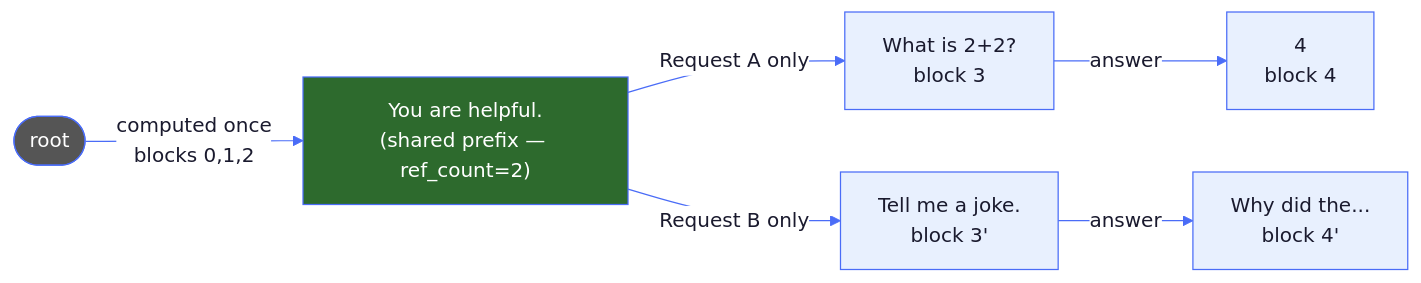
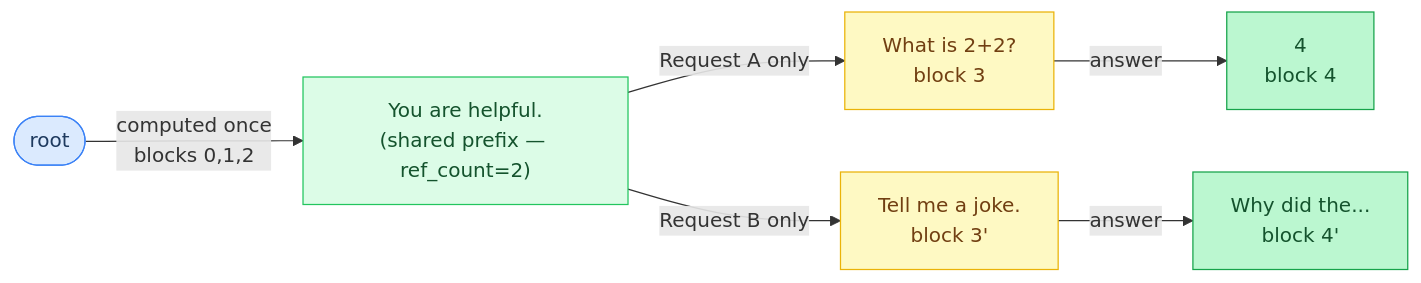
The third of 5 diagrams in docs/tutorial/05-memory-and-caching.md (maci0/agave), drawn with Mermaid before and after one commit. The commit also changed other lines of this file and 24 other files, not shown here.

First line of the commit message:
docs: convert all mermaid diagrams to classDef semantic colors

````diff
--- a/docs/tutorial/05-memory-and-caching.md
+++ b/docs/tutorial/05-memory-and-caching.md
@@ -231,29 +238,22 @@
 ```mermaid
-%%{init: {'theme': 'base', 'themeVariables': {
-  'primaryColor': '#e8f0fe',
-  'primaryTextColor': '#1a1a2e',
-  'primaryBorderColor': '#4a6cf7',
-  'lineColor': '#4a6cf7',
-  'secondaryColor': '#f0f4ff',
-  'tertiaryColor': '#f8f9ff',
-  'edgeLabelBackground': '#ffffff',
-  'clusterBkg': '#f0f4ff',
-  'clusterBorder': '#4a6cf7',
-  'titleColor': '#1a1a2e',
-  'nodeTextColor': '#1a1a2e',
-  'fontFamily': 'ui-monospace, SFMono-Regular, monospace'
-}}}%%
 graph LR
-    Root(["root"]) -->|"computed once\nblocks 0,1,2"| Shared["You are helpful.\n(shared prefix — ref_count=2)"]
+    classDef setup     fill:#dbeafe,stroke:#3b82f6,color:#1e3a5f
+    classDef sync      fill:#dcfce7,stroke:#22c55e,color:#14532d
+    classDef migration fill:#fef9c3,stroke:#eab308,color:#713f12
+    classDef success   fill:#bbf7d0,stroke:#16a34a,color:#14532d
+    classDef danger    fill:#fee2e2,stroke:#ef4444,color:#7f1d1d
+    classDef optional  fill:#f3e8ff,stroke:#9333ea,color:#581c87
 
-    Shared -->|"Request A only"| BranchA["What is 2+2?\nblock 3"]
-    Shared -->|"Request B only"| BranchB["Tell me a joke.\nblock 3'"]
+    Root(["root"]):::setup
+    Shared["You are helpful.\n(shared prefix — ref_count=2)"]:::sync
+    BranchA["What is 2+2?\nblock 3"]:::migration
+    BranchB["Tell me a joke.\nblock 3'"]:::migration
+    AnsA["4\nblock 4"]:::success
+    AnsB["Why did the...\nblock 4'"]:::success
 
-    BranchA -->|"answer"| AnsA["4\nblock 4"]
-    BranchB -->|"answer"| AnsB["Why did the...\nblock 4'"]
-
-    style Shared fill:#2d6a2d,color:#fff
-    style Root fill:#555,color:#fff
-
-
+    Root -->|"computed once\nblocks 0,1,2"| Shared
+    Shared -->|"Request A only"| BranchA
+    Shared -->|"Request B only"| BranchB
+    BranchA -->|"answer"| AnsA
+    BranchB -->|"answer"| AnsB
 ```
````
